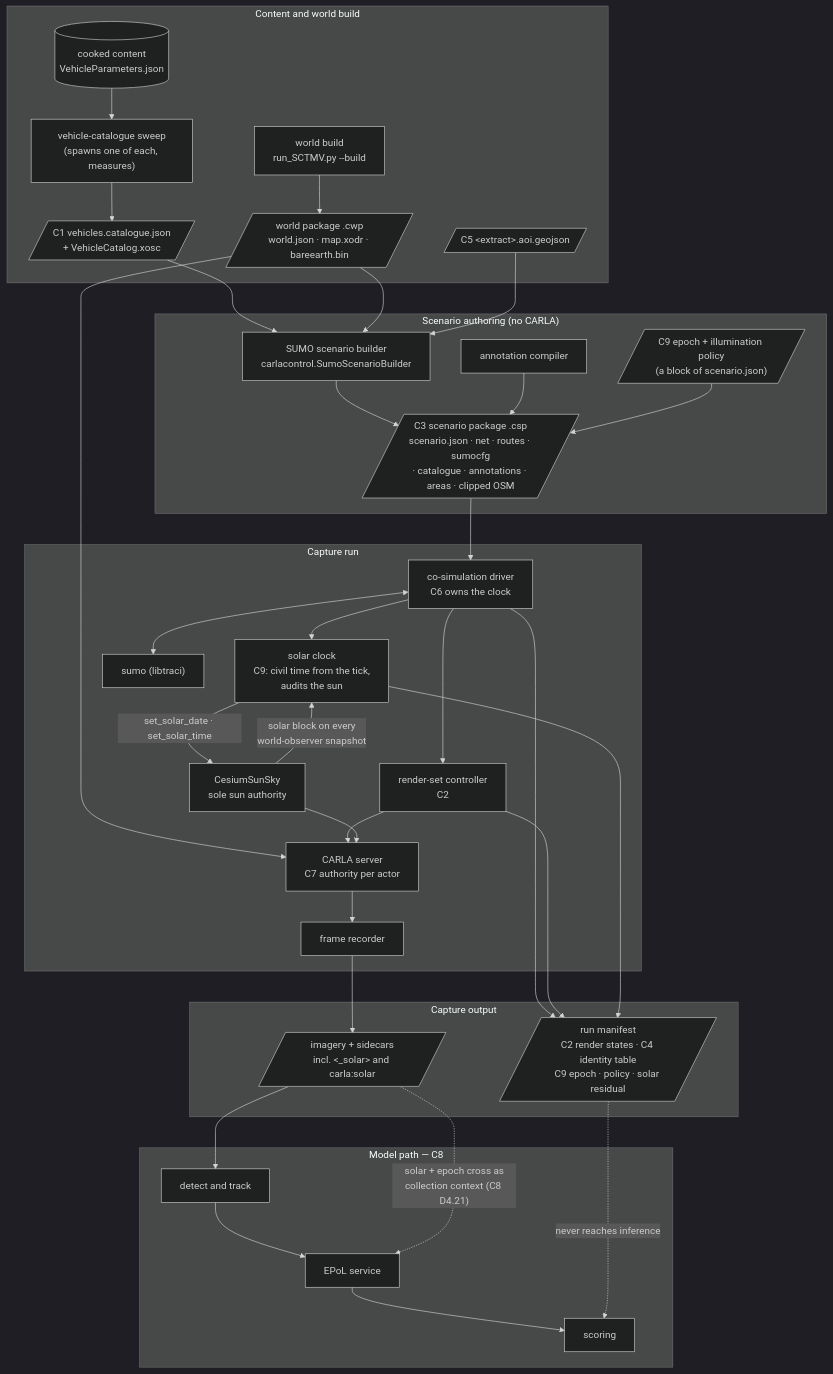
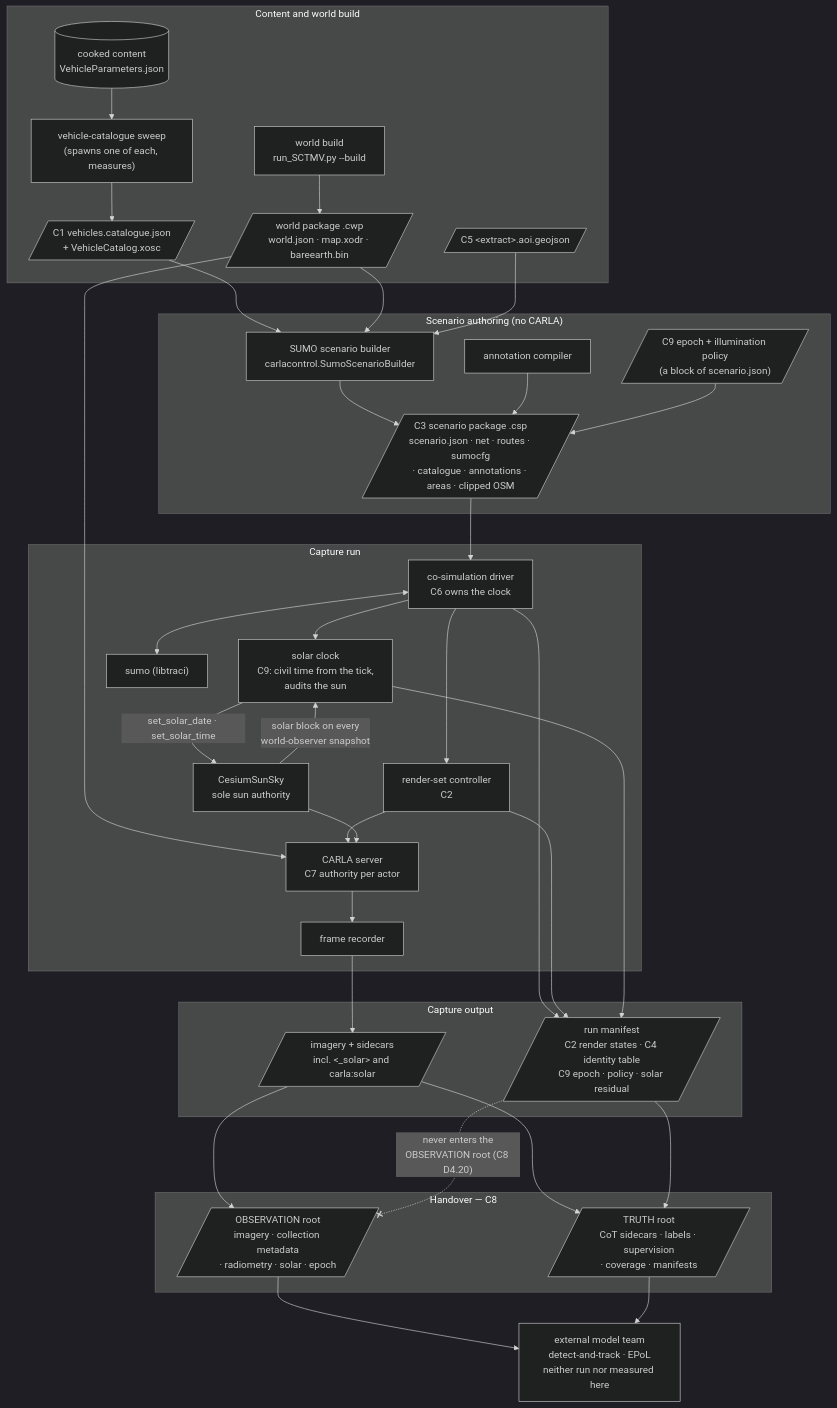
Before and after one commit to sbrett9/carla: the first of 6 diagrams in Docs/CAT_Research/Plans/SUMO_Behavioral_Capture/04_Contracts.md, drawn with Mermaid (dark theme). The commit also changed other lines of this file and 10 other files, not shown here.

````diff
--- a/Docs/CAT_Research/Plans/SUMO_Behavioral_Capture/04_Contracts.md
+++ b/Docs/CAT_Research/Plans/SUMO_Behavioral_Capture/04_Contracts.md
@@ -119,65 +138,68 @@
 ```mermaid
 flowchart TB
   subgraph build["Content and world build"]
     CONTENT[("cooked content<br/>VehicleParameters.json")]
     SWEEP["vehicle-catalogue sweep<br/>(spawns one of each, measures)"]
     CAT[/"C1 vehicles.catalogue.json<br/>+ VehicleCatalog.xosc"/]
     WORLDGEN["world build<br/>run_SCTMV.py --build"]
     CWP[/"world package .cwp<br/>world.json · map.xodr · bareearth.bin"/]
     AOI[/"C5 &lt;extract&gt;.aoi.geojson"/]
   end
 
   subgraph author["Scenario authoring (no CARLA)"]
     BUILDER["SUMO scenario builder<br/>carlacontrol.SumoScenarioBuilder"]
     ANNOT["annotation compiler"]
     EPOCH[/"C9 epoch + illumination policy<br/>(a block of scenario.json)"/]
     CSP[/"C3 scenario package .csp<br/>scenario.json · net · routes · sumocfg<br/>· catalogue · annotations · areas · clipped OSM"/]
   end
 
   subgraph run["Capture run"]
     DRIVER["co-simulation driver<br/>C6 owns the clock"]
     CLOCK["solar clock<br/>C9: civil time from the tick,<br/>audits the sun"]
     SUMO["sumo (libtraci)"]
     RSC["render-set controller<br/>C2"]
     SERVER["CARLA server<br/>C7 authority per actor"]
     SUN["CesiumSunSky<br/>sole sun authority"]
     REC["frame recorder"]
   end
 
   subgraph out["Capture output"]
     IMG[/"imagery + sidecars<br/>incl. &lt;_solar&gt; and carla:solar"/]
     MAN[/"run manifest<br/>C2 render states · C4 identity table<br/>C9 epoch · policy · solar residual"/]
   end
 
-  subgraph epol["Model path — C8"]
-    DT["detect and track"]
-    EP["EPoL service"]
-    SCORE["scoring"]
+  subgraph handover["Handover — C8"]
+    OBSR[/"OBSERVATION root<br/>imagery · collection metadata<br/>· radiometry · solar · epoch"/]
+    TRUR[/"TRUTH root<br/>CoT sidecars · labels · supervision<br/>· coverage · manifests"/]
   end
+  EXT["external model team<br/>detect-and-track · EPoL<br/>neither run nor measured here"]
 
   CONTENT --> SWEEP --> CAT
   WORLDGEN --> CWP
   CAT --> BUILDER
   CWP --> BUILDER
   AOI --> BUILDER
   BUILDER --> CSP
   ANNOT --> CSP
   EPOCH --> CSP
   CSP --> DRIVER
   CWP --> SERVER
   DRIVER <--> SUMO
   DRIVER --> RSC
   DRIVER --> CLOCK
   CLOCK -->|"set_solar_date · set_solar_time"| SUN
   SUN -->|"solar block on every<br/>world-observer snapshot"| CLOCK
   RSC --> SERVER
   SUN --> SERVER
   SERVER --> REC
   REC --> IMG
   DRIVER --> MAN
   RSC --> MAN
   CLOCK --> MAN
-  IMG --> DT --> EP --> SCORE
-  IMG -. "solar + epoch cross as<br/>collection context (C8 D4.21)" .-> EP
-  MAN -. "never reaches inference" .-> SCORE
+  IMG --> OBSR
+  IMG --> TRUR
+  MAN --> TRUR
+  OBSR --> EXT
+  TRUR --> EXT
+  MAN -. "never enters the<br/>OBSERVATION root (C8 D4.20)" .-x OBSR
 ```
````
